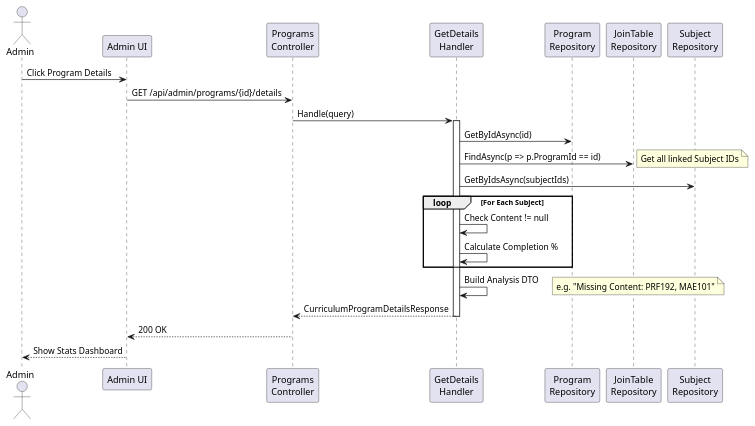
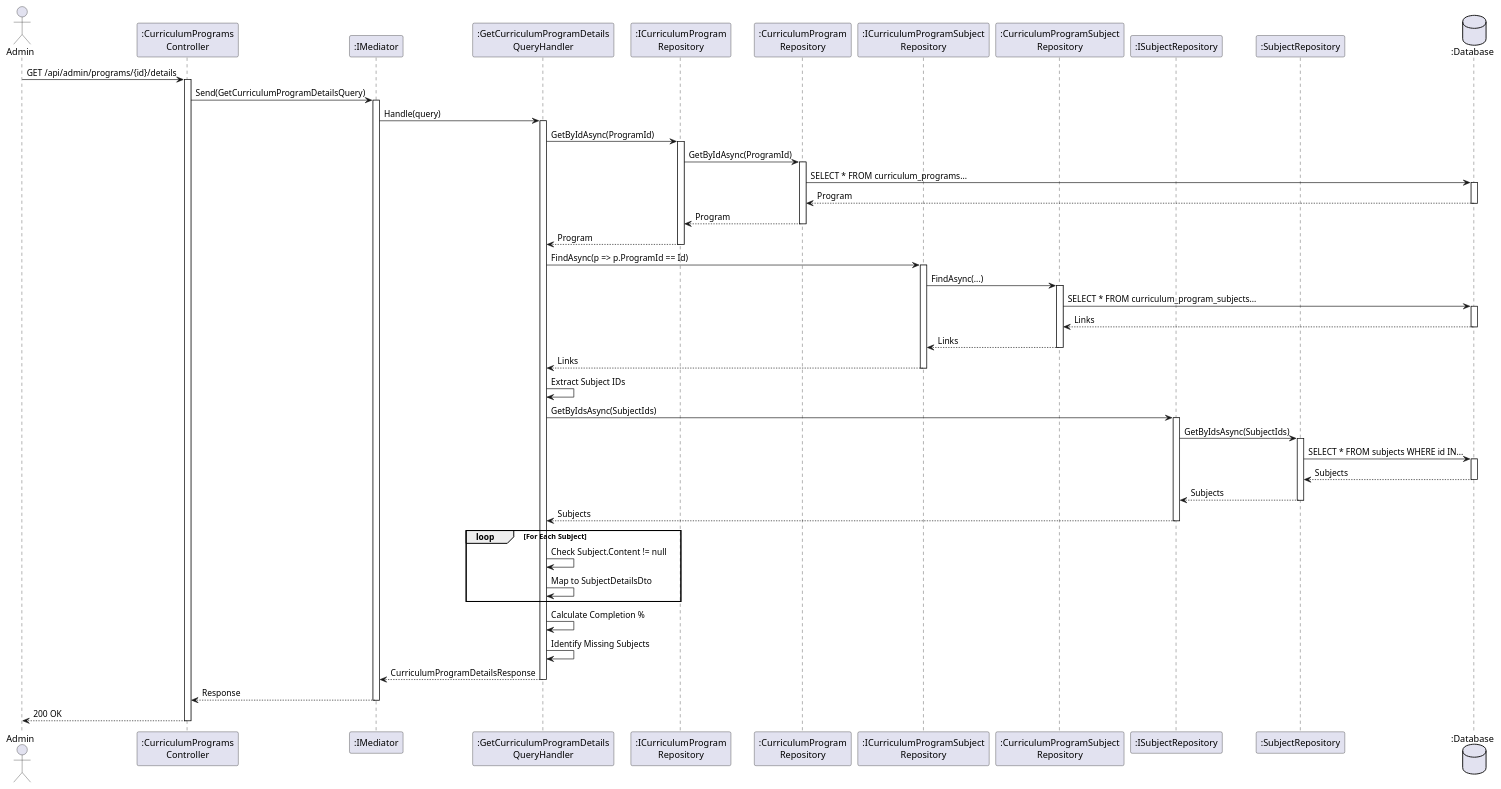
Before and after one commit to FA25SE050-RogueLearn/RogueLearn.BMAD.Documentation: the diagram in docs/srs/diagrams/sequence-diagram/admin-curriculum-program/get-program-details-seq.puml, drawn with PlantUML. The commit also changed other lines of this file and 35 other files, not shown here.

Commit message:
add/change: sequence diagrams

```diff
--- a/docs/srs/diagrams/sequence-diagram/admin-curriculum-program/get-program-details-seq.puml
+++ b/docs/srs/diagrams/sequence-diagram/admin-curriculum-program/get-program-details-seq.puml
@@ -2,37 +1,83 @@
 @startuml
 actor Admin
-participant "Admin UI" as UI
-participant "Programs\nController" as Controller
-participant "GetDetails\nHandler" as Handler
-participant "Program\nRepository" as ProgDB
-participant "JoinTable\nRepository" as JoinDB
-participant "Subject\nRepository" as SubDB
+participant ":CurriculumPrograms\nController" as Controller
+participant ":IMediator" as Med
+participant ":GetCurriculumProgramDetails\nQueryHandler" as Handler
+participant ":ICurriculumProgram\nRepository" as IProgRepo
+participant ":CurriculumProgram\nRepository" as ProgRepo
+participant ":ICurriculumProgramSubject\nRepository" as ILinkRepo
+participant ":CurriculumProgramSubject\nRepository" as LinkRepo
+participant ":ISubjectRepository" as ISubRepo
+participant ":SubjectRepository" as SubRepo
+database ":Database" as DB
 
-Admin -> UI : Click Program Details
-UI -> Controller : GET /api/admin/programs/{id}/details
-Controller -> Handler : Handle(query)
+Admin -> Controller : GET /api/admin/programs/{id}/details
+activate Controller
 
+Controller -> Med : Send(GetCurriculumProgramDetailsQuery)
+activate Med
+
+Med -> Handler : Handle(query)
 activate Handler
-    Handler -> ProgDB : GetByIdAsync(id)
-    
-    Handler -> JoinDB : FindAsync(p => p.ProgramId == id)
-    note right: Get all linked Subject IDs
-    
-    Handler -> SubDB : GetByIdsAsync(subjectIds)
-    
-    loop For Each Subject
-        Handler -> Handler : Check Content != null
-        Handler -> Handler : Calculate Completion %
-    end
-    
-    Handler -> Handler : Build Analysis DTO
-    note right
-        e.g. "Missing Content: PRF192, MAE101"
-    end note
-    
-    Handler --> Controller : CurriculumProgramDetailsResponse
+
+' 1. Fetch Program
+Handler -> IProgRepo : GetByIdAsync(ProgramId)
+activate IProgRepo
+IProgRepo -> ProgRepo : GetByIdAsync(ProgramId)
+activate ProgRepo
+ProgRepo -> DB : SELECT * FROM curriculum_programs...
+activate DB
+DB --> ProgRepo : Program
+deactivate DB
+ProgRepo --> IProgRepo : Program
+deactivate ProgRepo
+IProgRepo --> Handler : Program
+deactivate IProgRepo
+
+' 2. Find Linked Subjects
+Handler -> ILinkRepo : FindAsync(p => p.ProgramId == Id)
+activate ILinkRepo
+ILinkRepo -> LinkRepo : FindAsync(...)
+activate LinkRepo
+LinkRepo -> DB : SELECT * FROM curriculum_program_subjects...
+activate DB
+DB --> LinkRepo : Links
+deactivate DB
+LinkRepo --> ILinkRepo : Links
+deactivate LinkRepo
+ILinkRepo --> Handler : Links
+deactivate ILinkRepo
+
+' 3. Fetch Subject Details
+Handler -> Handler : Extract Subject IDs
+Handler -> ISubRepo : GetByIdsAsync(SubjectIds)
+activate ISubRepo
+ISubRepo -> SubRepo : GetByIdsAsync(SubjectIds)
+activate SubRepo
+SubRepo -> DB : SELECT * FROM subjects WHERE id IN...
+activate DB
+DB --> SubRepo : Subjects
+deactivate DB
+SubRepo --> ISubRepo : Subjects
+deactivate SubRepo
+ISubRepo --> Handler : Subjects
+deactivate ISubRepo
+
+' 4. Analyze Content
+loop For Each Subject
+    Handler -> Handler : Check Subject.Content != null
+    Handler -> Handler : Map to SubjectDetailsDto
+end
+
+Handler -> Handler : Calculate Completion %
+Handler -> Handler : Identify Missing Subjects
+
+Handler --> Med : CurriculumProgramDetailsResponse
 deactivate Handler
 
-Controller --> UI : 200 OK
-UI --> Admin : Show Stats Dashboard
+Med --> Controller : Response
+deactivate Med
+
+Controller --> Admin : 200 OK
+deactivate Controller
 @enduml
```
